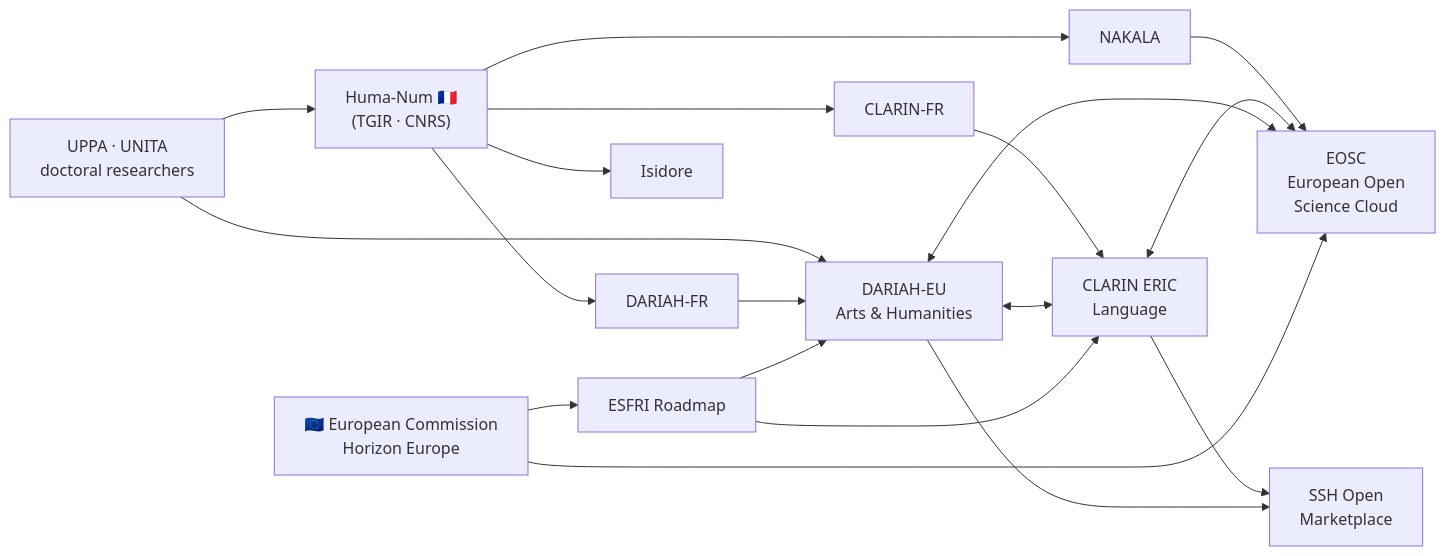
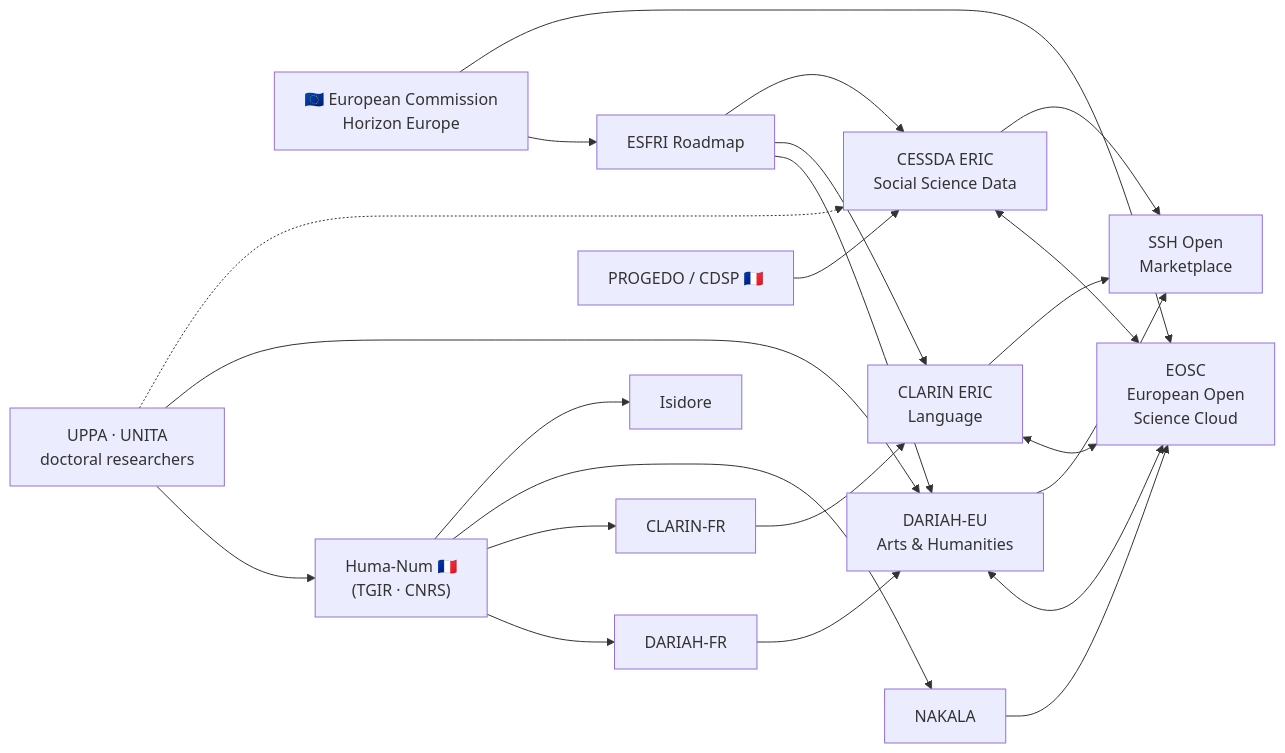
Before and after one commit to ujubib/ed-huma-num-dariah: the diagram in resources/connections.qmd, drawn with Mermaid. The commit also changed other lines of this file and 18 other files, not shown here.

````diff
--- a/resources/connections.qmd
+++ b/resources/connections.qmd
@@ -11,31 +11,37 @@
 ```{mermaid}
 flowchart LR
     EC["🇪🇺 European Commission\nHorizon Europe"]
     ESFRI["ESFRI Roadmap"]
-    EOSC["EOSC\nEuropean Open\nScience Cloud"]
-    DARIAH["DARIAH-EU\nArts & Humanities"]
-    CLARIN["CLARIN ERIC\nLanguage"]
-    MARKET["SSH Open\nMarketplace"]
-    HN["Huma-Num 🇫🇷\n(TGIR · CNRS)"]
+    EOSC["EOSC<br/>European Open\nScience Cloud"]
+    DARIAH["DARIAH-EU<br/>Arts & Humanities"]
+    CLARIN["CLARIN ERIC<br/>Language"]
+    CESSDA["CESSDA ERIC<br/>Social Science Data"]
+    MARKET["SSH Open<br/>Marketplace"]
+    HN["Huma-Num 🇫🇷<br/>(TGIR · CNRS)"]
     DARIAH_FR["DARIAH-FR"]
     CLARIN_FR["CLARIN-FR"]
+    PROGEDO["PROGEDO / CDSP 🇫🇷"]
     NAKALA["NAKALA"]
     ISIDORE["Isidore"]
-    UPPA["UPPA · UNITA\ndoctoral researchers"]
+    UPPA["UPPA · UNITA<br/>doctoral researchers"]
 
     EC --> ESFRI
     EC --> EOSC
     ESFRI --> DARIAH
     ESFRI --> CLARIN
+    ESFRI --> CESSDA
     DARIAH <--> EOSC
     CLARIN <--> EOSC
-    DARIAH <--> CLARIN
+    CESSDA <--> EOSC
+    CESSDA --> MARKET
     DARIAH --> MARKET
     CLARIN --> MARKET
     HN --> DARIAH_FR --> DARIAH
     HN --> CLARIN_FR --> CLARIN
+    PROGEDO --> CESSDA
     HN --> NAKALA --> EOSC
     HN --> ISIDORE
     UPPA --> HN
     UPPA --> DARIAH
+    UPPA -.-> CESSDA
 ```
````
